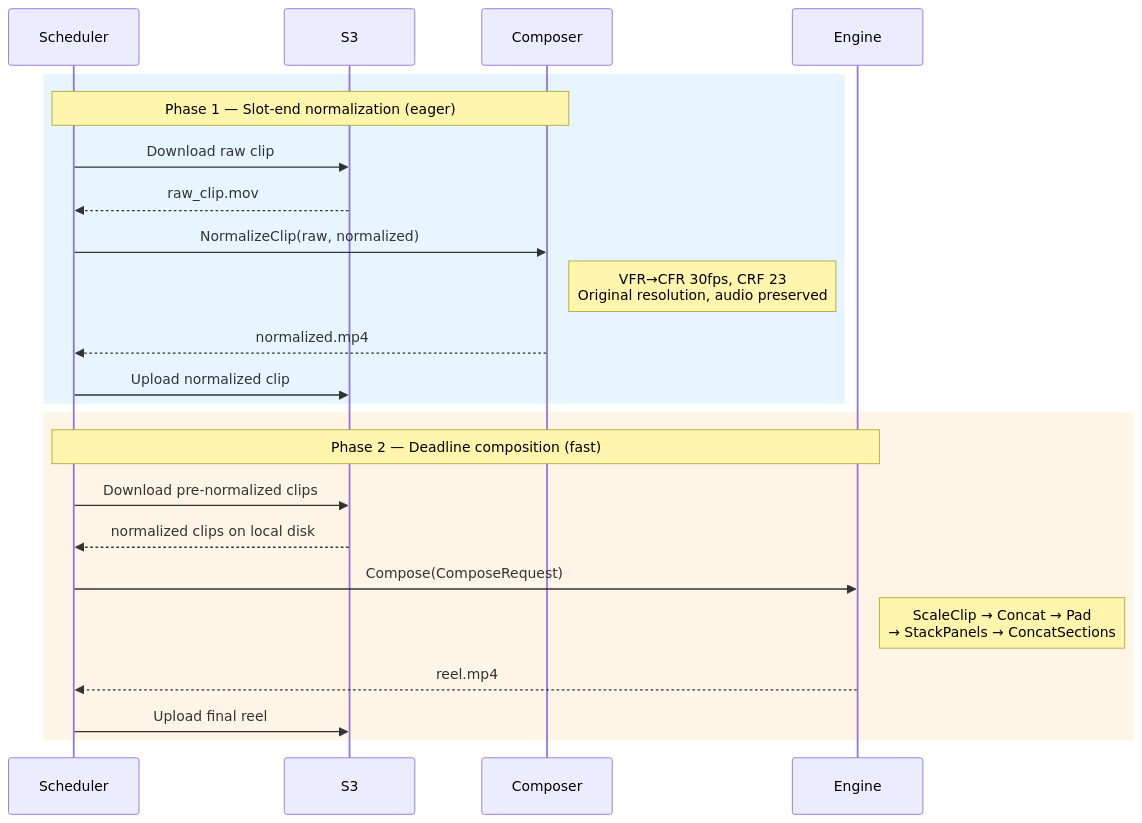
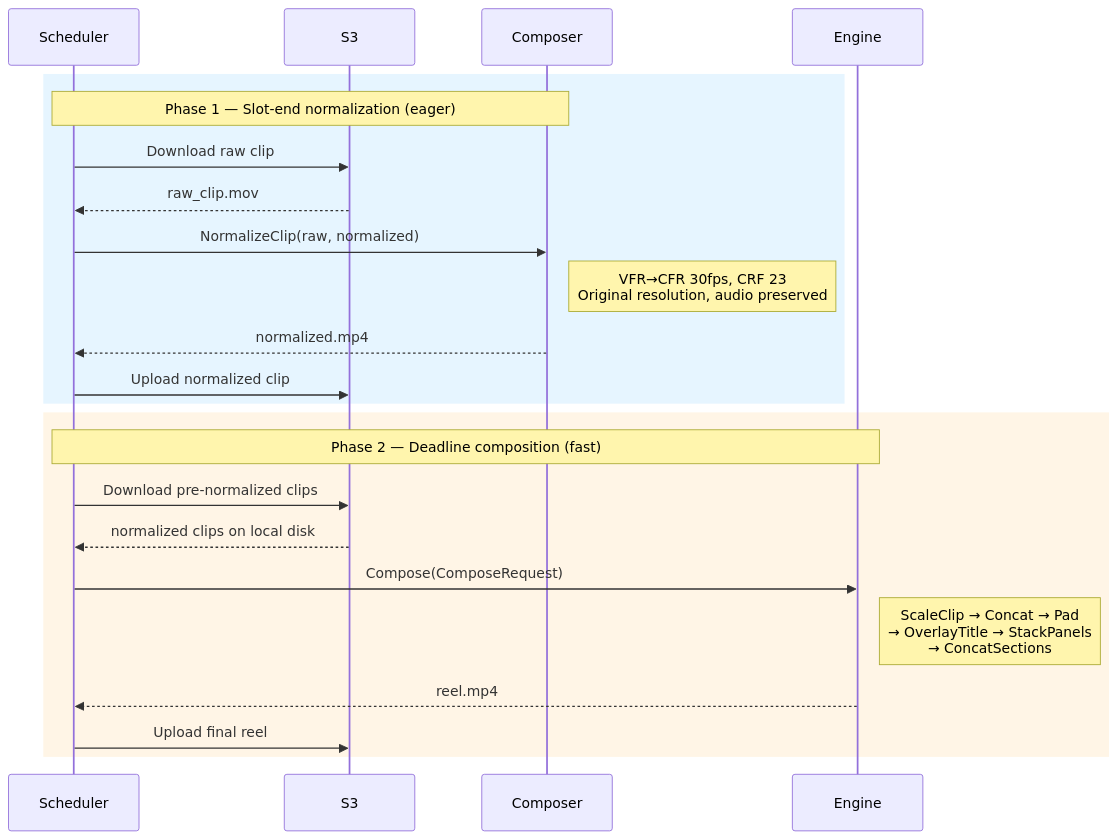
The third of 3 diagrams in server/internal/ffmpeg/ARCHITECTURE.md (byuly/velo), drawn with Mermaid before and after one commit. The commit also changed other lines of this file, not shown here.

Commit message:
docs: update FFmpeg architecture diagram with OverlayTitle

````diff
--- a/server/internal/ffmpeg/ARCHITECTURE.md
+++ b/server/internal/ffmpeg/ARCHITECTURE.md
@@ -111,27 +119,27 @@
 ```mermaid
 sequenceDiagram
     participant Scheduler
     participant S3
     participant Composer
     participant Engine
 
     rect rgb(230, 245, 255)
     note over Scheduler,Composer: Phase 1 — Slot-end normalization (eager)
     Scheduler->>S3: Download raw clip
     S3-->>Scheduler: raw_clip.mov
     Scheduler->>Composer: NormalizeClip(raw, normalized)
     note right of Composer: VFR→CFR 30fps, CRF 23<br/>Original resolution, audio preserved
     Composer-->>Scheduler: normalized.mp4
     Scheduler->>S3: Upload normalized clip
     end
 
     rect rgb(255, 245, 230)
     note over Scheduler,Engine: Phase 2 — Deadline composition (fast)
     Scheduler->>S3: Download pre-normalized clips
     S3-->>Scheduler: normalized clips on local disk
     Scheduler->>Engine: Compose(ComposeRequest)
-    note right of Engine: ScaleClip → Concat → Pad<br/>→ StackPanels → ConcatSections
+    note right of Engine: ScaleClip → Concat → Pad<br/>→ OverlayTitle → StackPanels<br/>→ ConcatSections
     Engine-->>Scheduler: reel.mp4
     Scheduler->>S3: Upload final reel
     end
 ```
````
